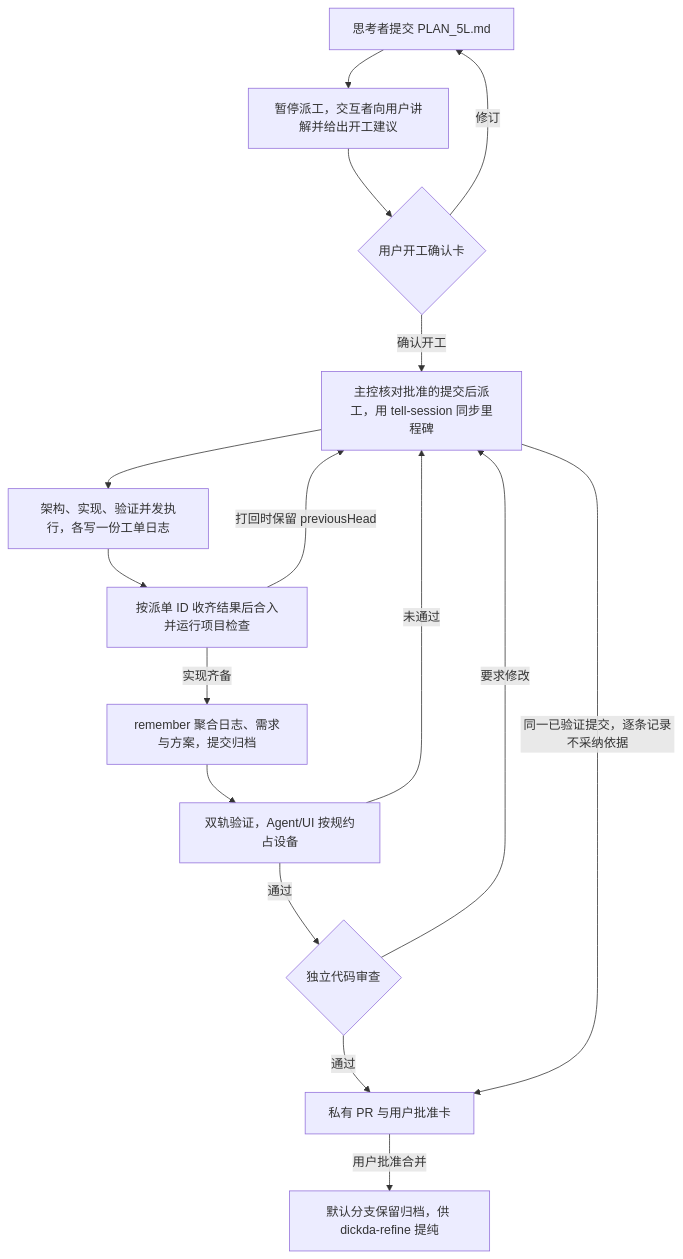
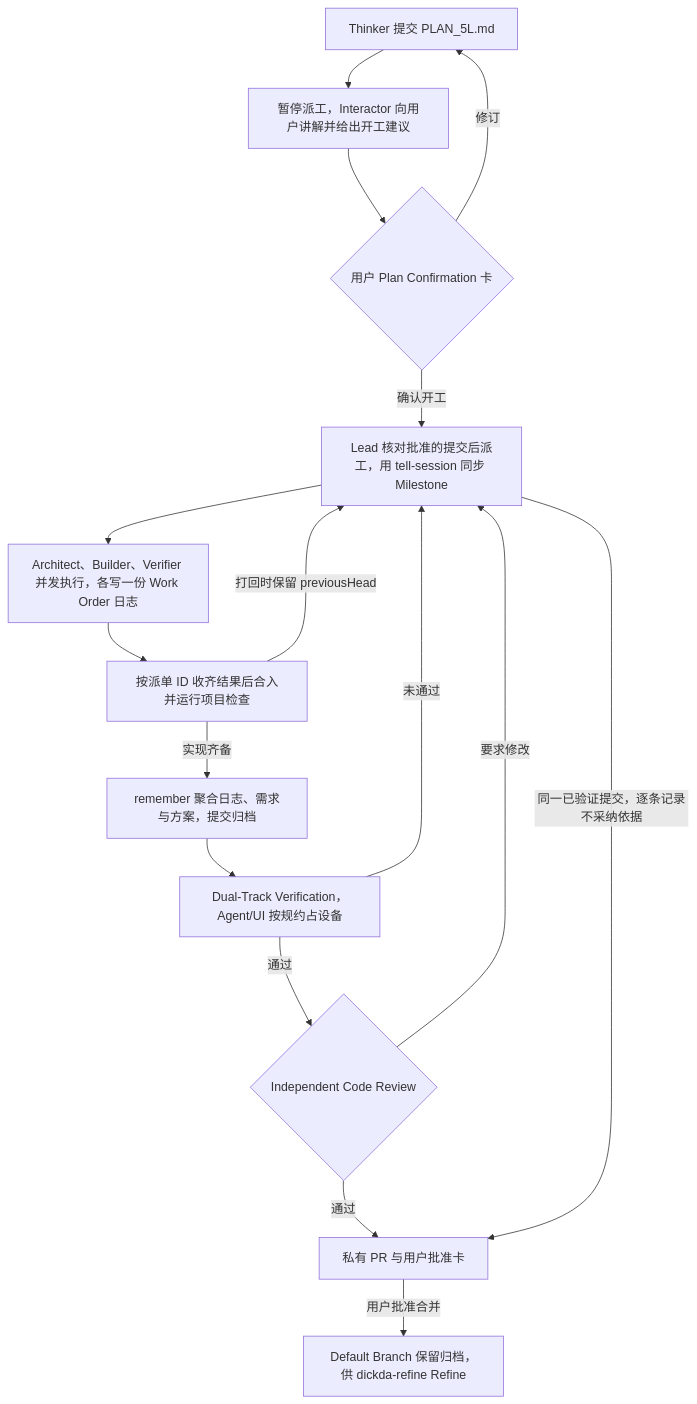
The diagram in plugins/dickda/README.md (xtlys/coda-plugins), drawn with Mermaid before and after one commit. The commit also changed other lines of this file and 27 other files, not shown here.

````diff
--- a/plugins/dickda/README.md
+++ b/plugins/dickda/README.md
@@ -22,18 +24,18 @@
 ```mermaid
 flowchart TD
-    T["思考者提交 PLAN_5L.md"] --> I["暂停派工，交互者向用户讲解并给出开工建议"]
-    I --> U{"用户开工确认卡"}
+    T["Thinker 提交 PLAN_5L.md"] --> I["暂停派工，Interactor 向用户讲解并给出开工建议"]
+    I --> U{"用户 Plan Confirmation 卡"}
     U -->|"修订"| T
-    U -->|"确认开工"| L["主控核对批准的提交后派工，用 tell-session 同步里程碑"]
-    L --> W["架构、实现、验证并发执行，各写一份工单日志"]
+    U -->|"确认开工"| L["Lead 核对批准的提交后派工，用 tell-session 同步 Milestone"]
+    L --> W["Architect、Builder、Verifier 并发执行，各写一份 Work Order 日志"]
     W --> M["按派单 ID 收齐结果后合入并运行项目检查"]
     M -->|"打回时保留 previousHead"| L
     M -->|"实现齐备"| A["remember 聚合日志、需求与方案，提交归档"]
-    A --> V["双轨验证，Agent/UI 按规约占设备"]
-    V -->|"通过"| R{"独立代码审查"}
+    A --> V["Dual-Track Verification，Agent/UI 按规约占设备"]
+    V -->|"通过"| R{"Independent Code Review"}
     V -->|"未通过"| L
     R -->|"要求修改"| L
     R -->|"通过"| P["私有 PR 与用户批准卡"]
     L -->|"同一已验证提交，逐条记录不采纳依据"| P
-    P -->|"用户批准合并"| F["默认分支保留归档，供 dickda-refine 提纯"]
+    P -->|"用户批准合并"| F["Default Branch 保留归档，供 dickda-refine Refine"]
 ```
````
